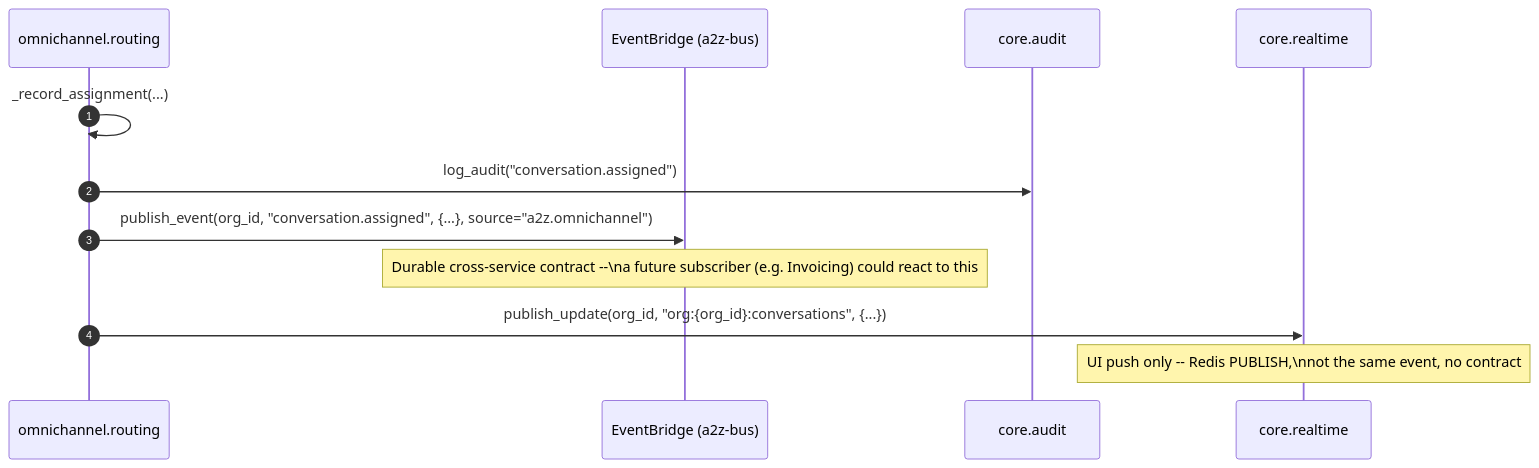
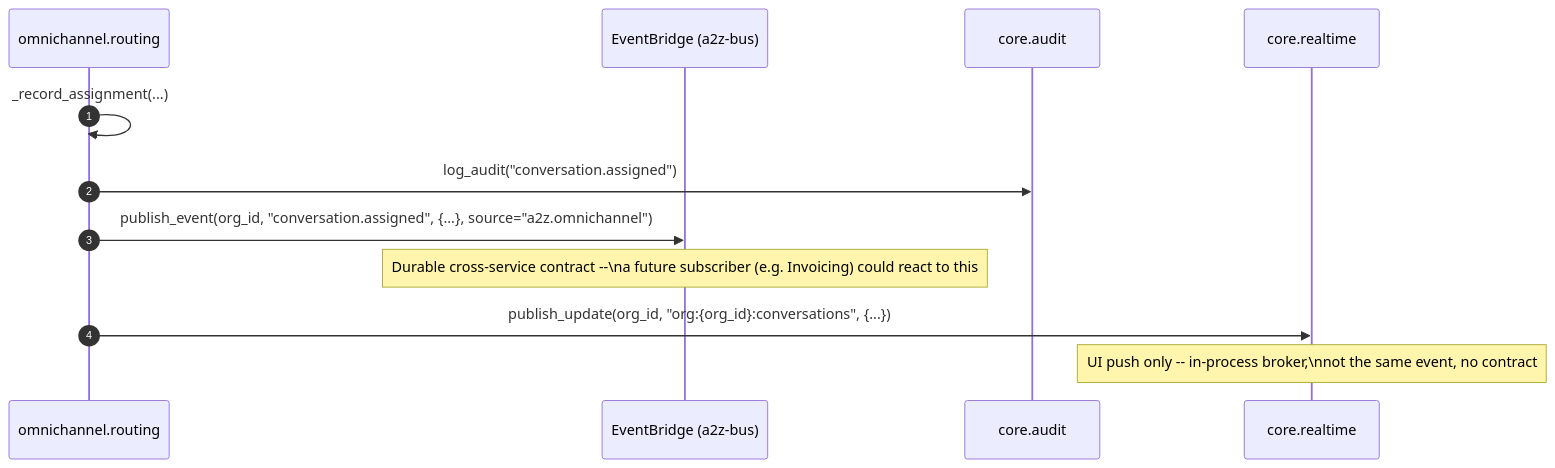
One commit to RafaelOjeda/A2Z-Core changed the second of 3 diagrams in docs/architecture/event-driven-architecture.md. Above: the diagram before and after it, drawn with Mermaid. The commit also changed other lines of this file and 32 other files, not shown here.

````diff
--- a/docs/architecture/event-driven-architecture.md
+++ b/docs/architecture/event-driven-architecture.md
@@ -58,15 +58,15 @@
 ```mermaid
 sequenceDiagram
     autonumber
     participant Routing as omnichannel.routing
     participant EB as EventBridge (a2z-bus)
     participant Audit as core.audit
     participant RT as core.realtime
 
     Routing->>Routing: _record_assignment(...)
     Routing->>Audit: log_audit("conversation.assigned")
     Routing->>EB: publish_event(org_id, "conversation.assigned", {...}, source="a2z.omnichannel")
     Note over EB: Durable cross-service contract --\na future subscriber (e.g. Invoicing) could react to this
     Routing->>RT: publish_update(org_id, "org:{org_id}:conversations", {...})
-    Note over RT: UI push only -- Redis PUBLISH,\nnot the same event, no contract
+    Note over RT: UI push only -- in-process broker,\nnot the same event, no contract
 ```
````
